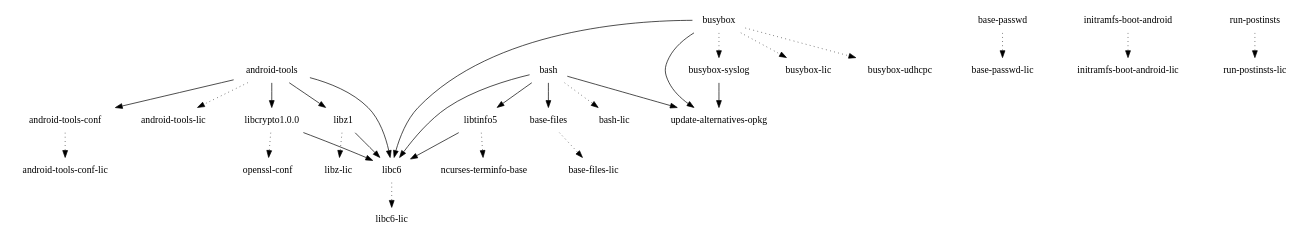
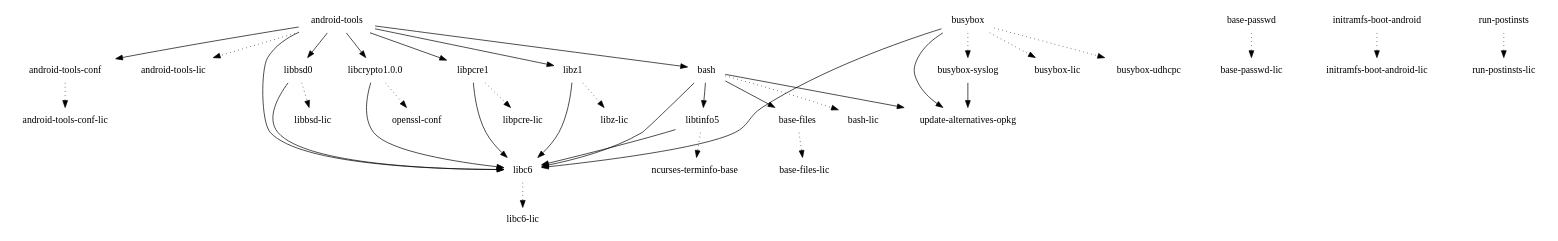
Before and after one commit to webOS-ports/buildhistory: the diagram in images/maguro/glibc/initramfs-android-image/depends.dot, drawn with Graphviz. The commit also changed 11 other files, not shown here.

```diff
--- a/images/maguro/glibc/initramfs-android-image/depends.dot
+++ b/images/maguro/glibc/initramfs-android-image/depends.dot
@@ -1,31 +1,38 @@
 digraph depends {
     node [shape=plaintext]
 "android-tools" -> "android-tools-conf";
 "android-tools" -> "android-tools-lic" [style=dotted];
+"android-tools" -> "bash";
 "android-tools-conf" -> "android-tools-conf-lic" [style=dotted];
+"android-tools" -> "libbsd0";
 "android-tools" -> "libc6";
 "android-tools" -> "libcrypto1.0.0";
+"android-tools" -> "libpcre1";
 "android-tools" -> "libz1";
 "base-files" -> "base-files-lic" [style=dotted];
 "base-passwd" -> "base-passwd-lic" [style=dotted];
 "bash" -> "base-files";
 "bash" -> "bash-lic" [style=dotted];
 "bash" -> "libc6";
 "bash" -> "libtinfo5";
 "bash" -> "update-alternatives-opkg";
 "busybox" -> "busybox-lic" [style=dotted];
 "busybox" -> "busybox-syslog" [style=dotted];
 "busybox" -> "busybox-udhcpc" [style=dotted];
 "busybox" -> "libc6";
 "busybox-syslog" -> "update-alternatives-opkg";
 "busybox" -> "update-alternatives-opkg";
 "initramfs-boot-android" -> "initramfs-boot-android-lic" [style=dotted];
+"libbsd0" -> "libbsd-lic" [style=dotted];
+"libbsd0" -> "libc6";
 "libc6" -> "libc6-lic" [style=dotted];
 "libcrypto1.0.0" -> "libc6";
 "libcrypto1.0.0" -> "openssl-conf" [style=dotted];
+"libpcre1" -> "libc6";
+"libpcre1" -> "libpcre-lic" [style=dotted];
 "libtinfo5" -> "libc6";
 "libtinfo5" -> "ncurses-terminfo-base" [style=dotted];
 "libz1" -> "libc6";
 "libz1" -> "libz-lic" [style=dotted];
 "run-postinsts" -> "run-postinsts-lic" [style=dotted];
 }
```
